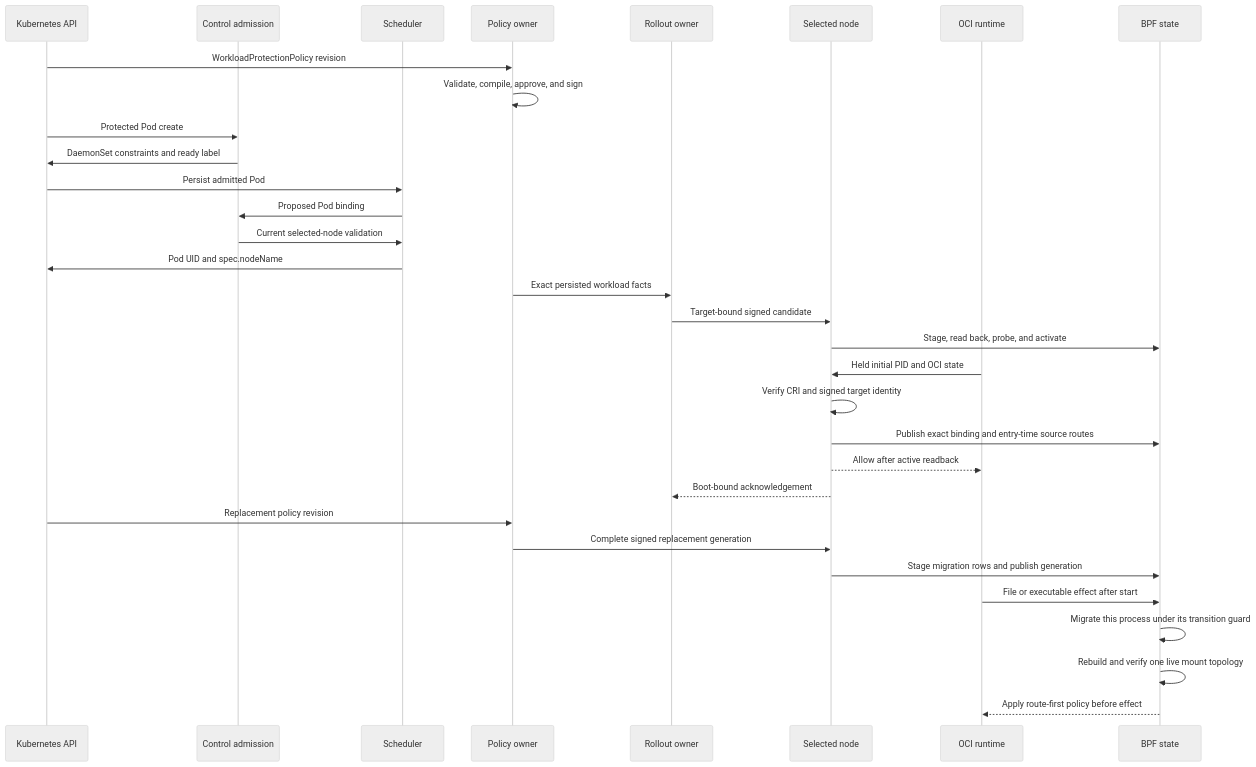
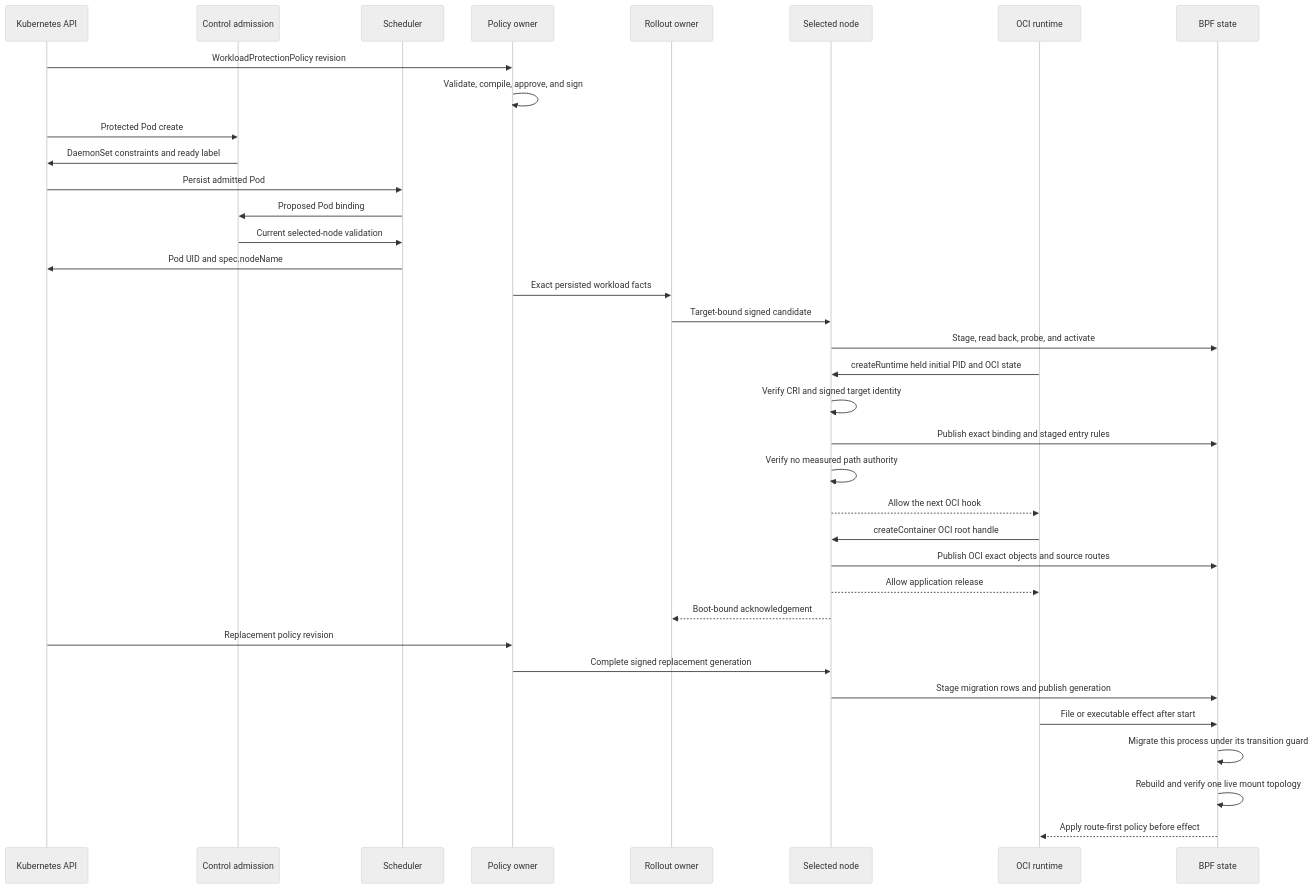
The first of 5 diagrams in docs/plans/mithril-hugging-face-intrusion-prevention/phase-6-2-implementation-review.md (Ereborlabs/erebor-runtime), drawn with Mermaid (neutral theme) before and after one commit. The commit also changed other lines of this file and 7 other files, not shown here.

Commit message:
Defer held OCI path authority

````diff
--- a/docs/plans/mithril-hugging-face-intrusion-prevention/phase-6-2-implementation-review.md
+++ b/docs/plans/mithril-hugging-face-intrusion-prevention/phase-6-2-implementation-review.md
@@ -226,34 +233,38 @@
 ```mermaid
 sequenceDiagram
     participant API as Kubernetes API
     participant Admission as Control admission
     participant Scheduler as Scheduler
     participant Desired as Policy owner
     participant Rollout as Rollout owner
     participant Node as Selected node
     participant Runtime as OCI runtime
     participant Kernel as BPF state
     API->>Desired: WorkloadProtectionPolicy revision
     Desired->>Desired: Validate, compile, approve, and sign
     API->>Admission: Protected Pod create
     Admission->>API: DaemonSet constraints and ready label
     API->>Scheduler: Persist admitted Pod
     Scheduler->>Admission: Proposed Pod binding
     Admission->>Scheduler: Current selected-node validation
     Scheduler->>API: Pod UID and spec.nodeName
     Desired->>Rollout: Exact persisted workload facts
     Rollout->>Node: Target-bound signed candidate
     Node->>Kernel: Stage, read back, probe, and activate
-    Runtime->>Node: Held initial PID and OCI state
+    Runtime->>Node: createRuntime held initial PID and OCI state
     Node->>Node: Verify CRI and signed target identity
-    Node->>Kernel: Publish exact binding and entry-time source routes
-    Node-->>Runtime: Allow after active readback
+    Node->>Kernel: Publish exact binding and staged entry rules
+    Node->>Node: Verify no measured path authority
+    Node-->>Runtime: Allow the next OCI hook
+    Runtime->>Node: createContainer OCI root handle
+    Node->>Kernel: Publish OCI exact objects and source routes
+    Node-->>Runtime: Allow application release
     Node-->>Rollout: Boot-bound acknowledgement
     API->>Desired: Replacement policy revision
     Desired->>Node: Complete signed replacement generation
     Node->>Kernel: Stage migration rows and publish generation
     Runtime->>Kernel: File or executable effect after start
     Kernel->>Kernel: Migrate this process under its transition guard
     Kernel->>Kernel: Rebuild and verify one live mount topology
     Kernel-->>Runtime: Apply route-first policy before effect
 ```
````
